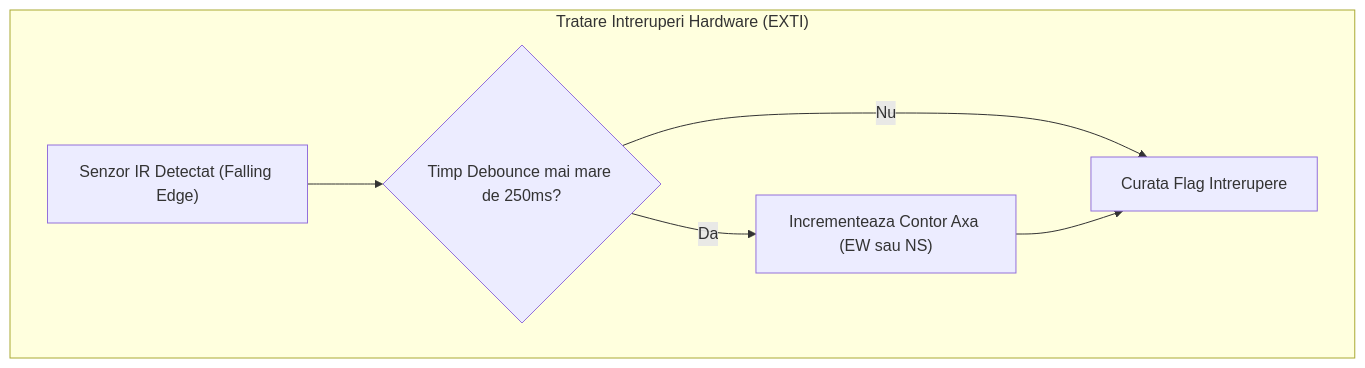
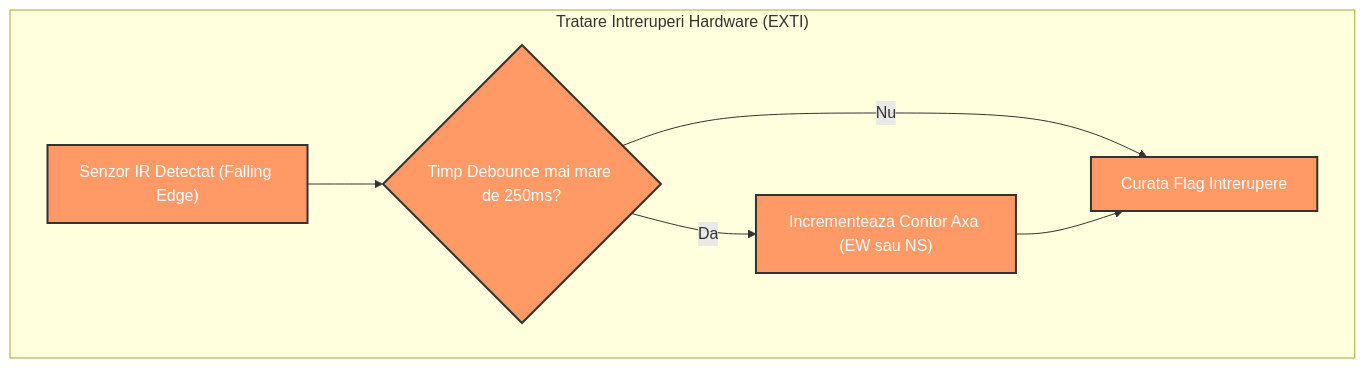
The first of 2 diagrams in diagrams/diag-alg-adaptiv.md (Focus04/smart-traffic), drawn with Mermaid before and after one commit. The commit also changed other lines of this file, not shown here.

Commit message:
Refactor algorithm logic diagram formatting

````diff
--- a/diagrams/diag-alg-adaptiv.md
+++ b/diagrams/diag-alg-adaptiv.md
@@ -2,15 +2,17 @@
 ```mermaid
 flowchart TD
     %% Noduri Întreruperi (Asincrone)
     subgraph IR_Interrupts ["Tratare Intreruperi Hardware (EXTI)"]
         PB5_14["Senzor IR Detectat (Falling Edge)"]
         Debounce{"Timp Debounce mai mare de 250ms?"}
         IncCounter["Incrementeaza Contor Axa (EW sau NS)"]
         ClearFlag["Curata Flag Intrerupere"]
 
         PB5_14 --> Debounce
         Debounce -- Da --> IncCounter
         Debounce -- Nu --> ClearFlag
         IncCounter --> ClearFlag
     end
+    classDef interrupt fill:#f96,stroke:#333,stroke-width:2px,color:white;
+    class PB5_14,Debounce,IncCounter,ClearFlag interrupt;
 ```
````
